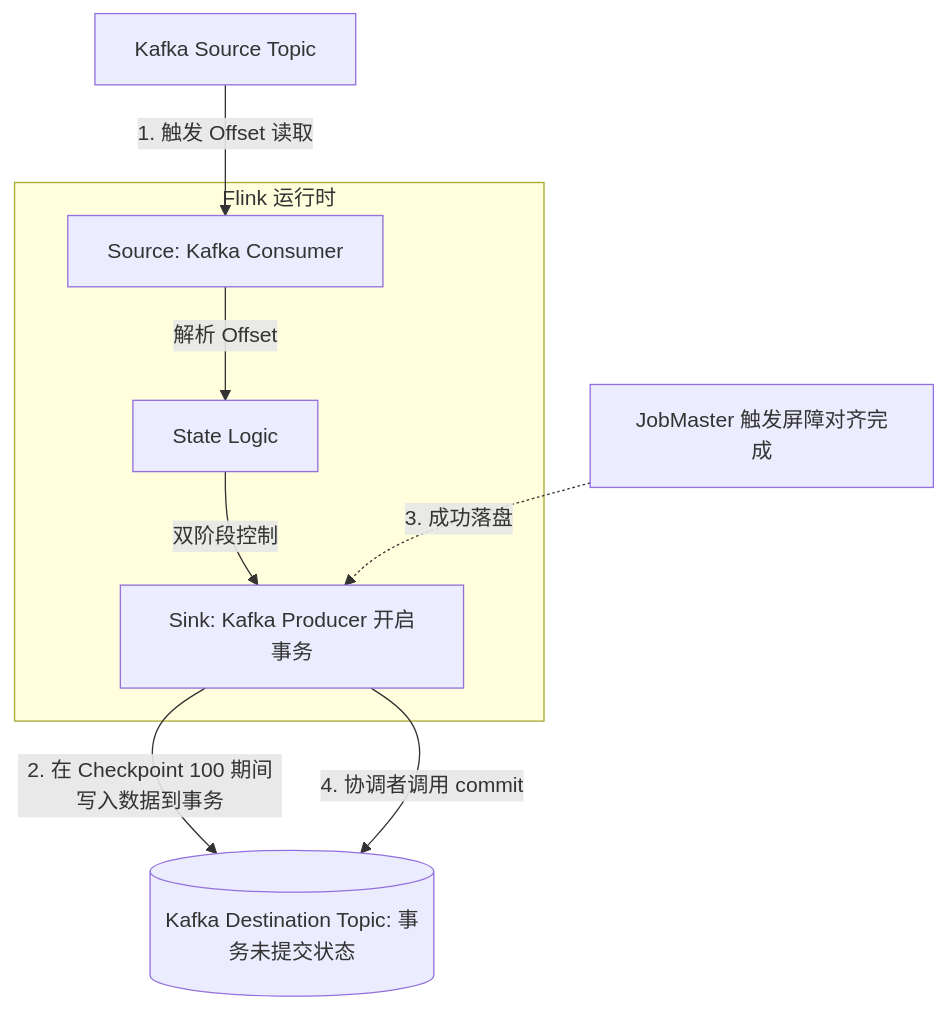
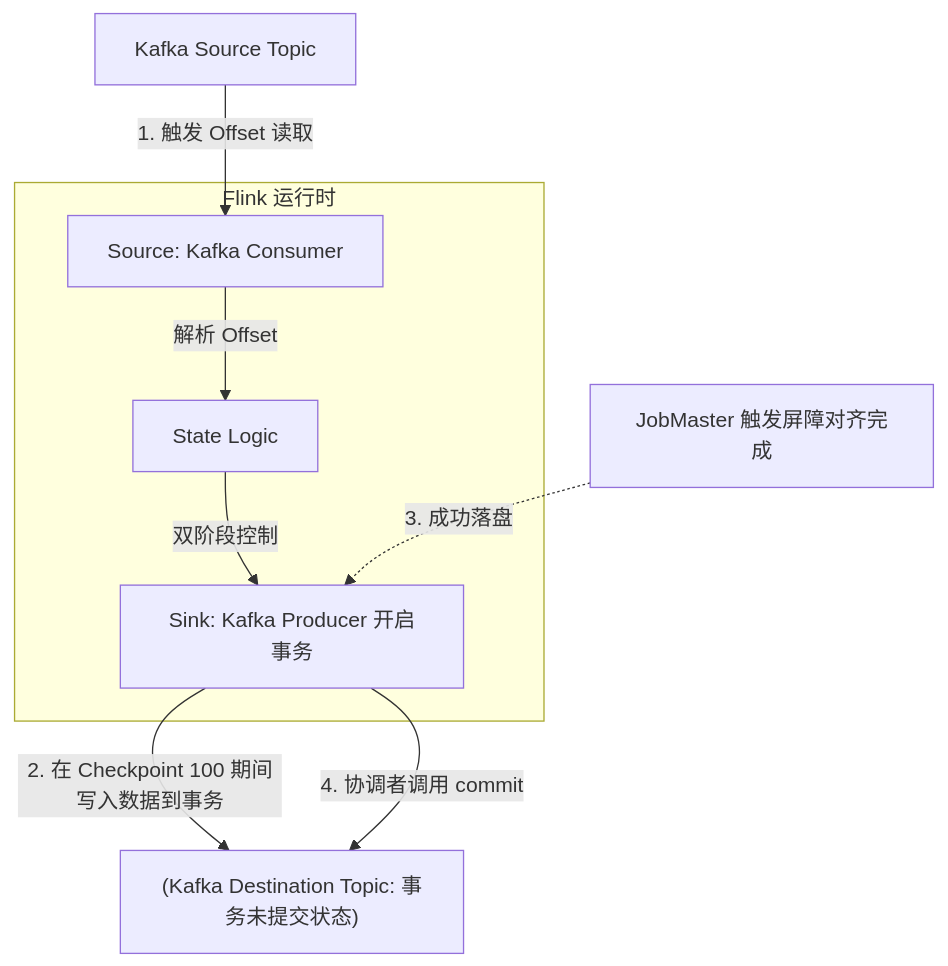
One commit to Aiden-Coding/AiDocs changed the third of 3 diagrams in docs/distributed/flink/core/2-state-checkpoint.md. Above: the diagram before and after it, drawn with Mermaid. The commit also changed other lines of this file and 97 other files, not shown here.

````diff
--- a/docs/distributed/flink/core/2-state-checkpoint.md
+++ b/docs/distributed/flink/core/2-state-checkpoint.md
@@ -83,12 +83,12 @@
 ```mermaid
 graph TD
     subgraph Flink Cluster [Flink 运行时]
-        Input[Source: Kafka Consumer] -->|解析 Offset| Logic[State Logic]
-        Logic -->|双阶段控制| Output[Sink: Kafka Producer 开启事务]
+        Input["Source: Kafka Consumer"] -->|解析 Offset| Logic[State Logic]
+        Logic -->|双阶段控制| Output["Sink: Kafka Producer 开启事务"]
     end
 
     KafkaSrc[Kafka Source Topic] -->|1. 触发 Offset 读取| Input
-    Output -->|2. 在 Checkpoint 100 期间写入数据到事务| KafkaDest[(Kafka Destination Topic: 事务未提交状态)]
+    Output -->|2. 在 Checkpoint 100 期间写入数据到事务| KafkaDest["(Kafka Destination Topic: 事务未提交状态)"]
     JM_Coord[JobMaster 触发屏障对齐完成] -.->|3. 成功落盘| Output
     Output -->|4. 协调者调用 commit| KafkaDest
 ```
````
